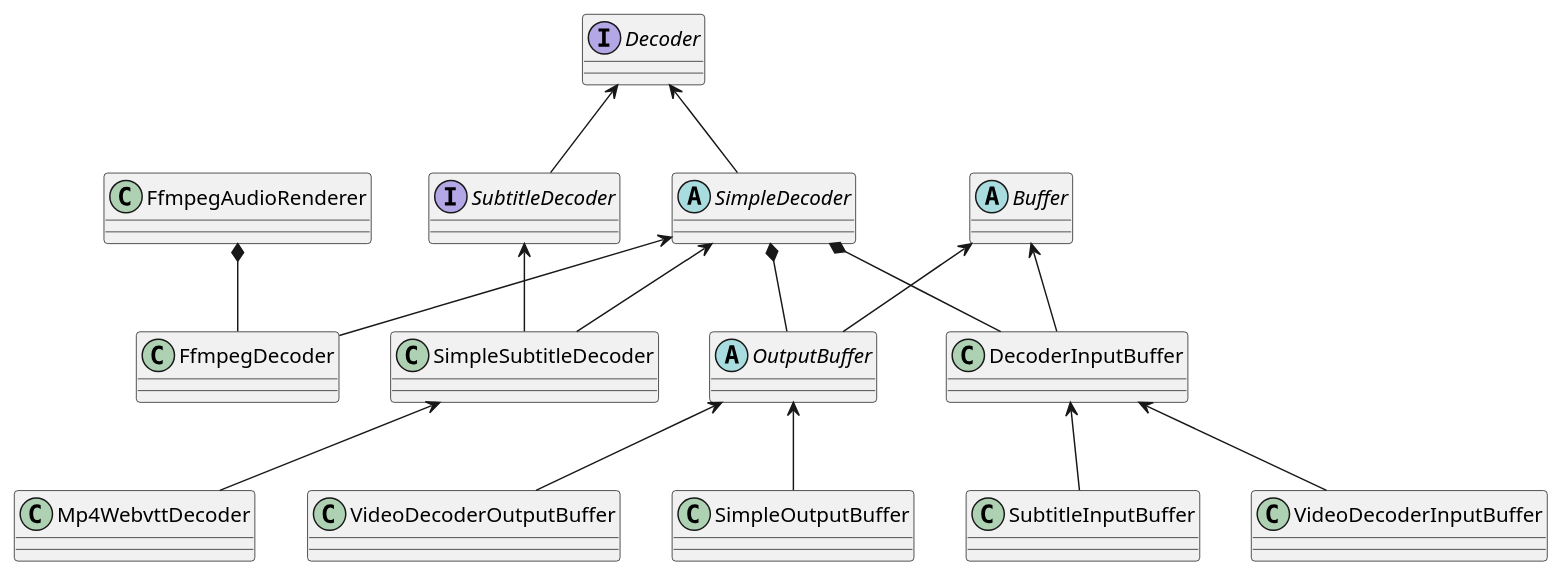
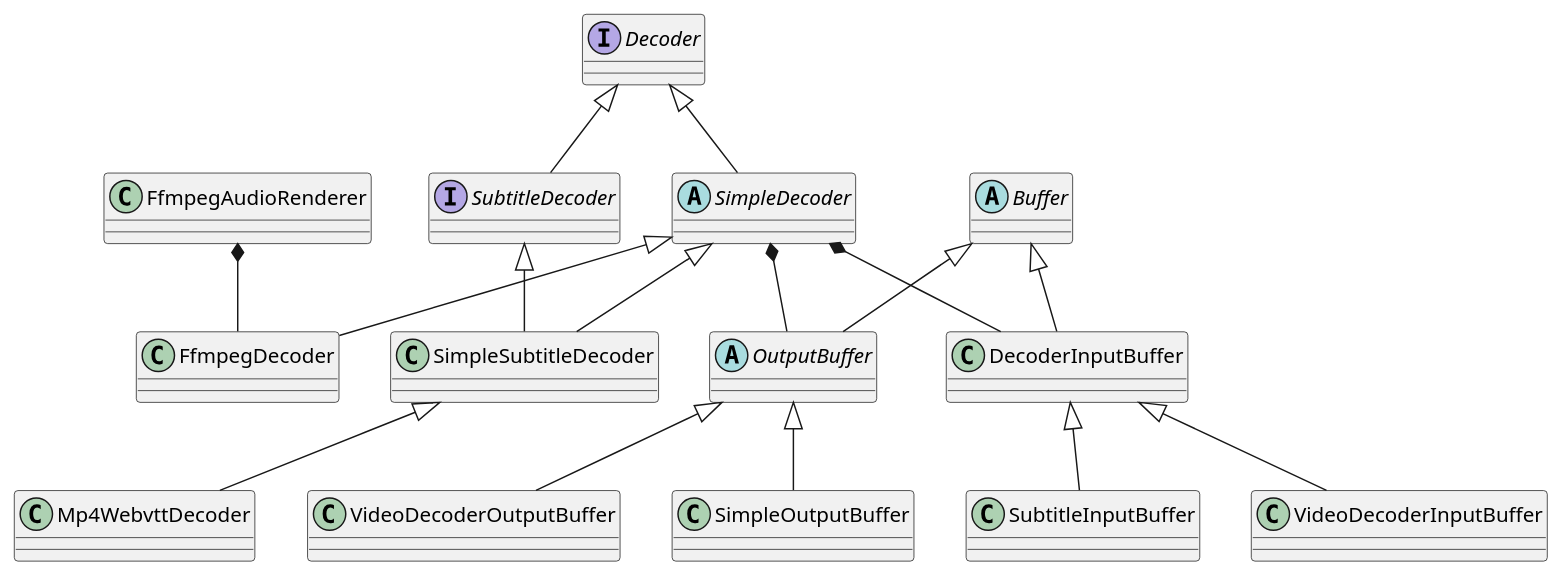
One commit to tdounnyy/exoplayer_note changed the diagram in uml/decoder.puml. Above: the diagram before and after it, drawn with PlantUML. The commit also changed 2 other files, not shown here.

```diff
--- a/uml/decoder.puml
+++ b/uml/decoder.puml
@@ -2,35 +2,35 @@
 @startuml
 'Decoder
 interface Decoder
 abstract class SimpleDecoder
 interface SubtitleDecoder
 class FfmpegDecoder
 class SimpleSubtitleDecoder
 class Mp4WebvttDecoder
 
-Decoder <-- SimpleDecoder
-Decoder <-- SubtitleDecoder
-SimpleDecoder <-- FfmpegDecoder
-SimpleDecoder <-- SimpleSubtitleDecoder
-SubtitleDecoder <-- SimpleSubtitleDecoder
-SimpleSubtitleDecoder <-- Mp4WebvttDecoder
+Decoder <|-- SimpleDecoder
+Decoder <|-- SubtitleDecoder
+SimpleDecoder <|-- FfmpegDecoder
+SimpleDecoder <|-- SimpleSubtitleDecoder
+SubtitleDecoder <|-- SimpleSubtitleDecoder
+SimpleSubtitleDecoder <|-- Mp4WebvttDecoder
 FfmpegAudioRenderer *-- FfmpegDecoder
 
 'Buffer
 abstract class Buffer
 abstract class OutputBuffer
 class DecoderInputBuffer
 class VideoDecoderInputBuffer
 class SubtitleInputBuffer
 class SimpleOutputBuffer
 class VideoDecoderOutputBuffer
 
-Buffer <-- OutputBuffer
-Buffer <-- DecoderInputBuffer
+Buffer <|-- OutputBuffer
+Buffer <|-- DecoderInputBuffer
 SimpleDecoder *-- OutputBuffer
 SimpleDecoder *-- DecoderInputBuffer
-DecoderInputBuffer <-- VideoDecoderInputBuffer
-DecoderInputBuffer <-- SubtitleInputBuffer
-OutputBuffer <-- SimpleOutputBuffer
-OutputBuffer <-- VideoDecoderOutputBuffer
+DecoderInputBuffer <|-- VideoDecoderInputBuffer
+DecoderInputBuffer <|-- SubtitleInputBuffer
+OutputBuffer <|-- SimpleOutputBuffer
+OutputBuffer <|-- VideoDecoderOutputBuffer
 @enduml
```
